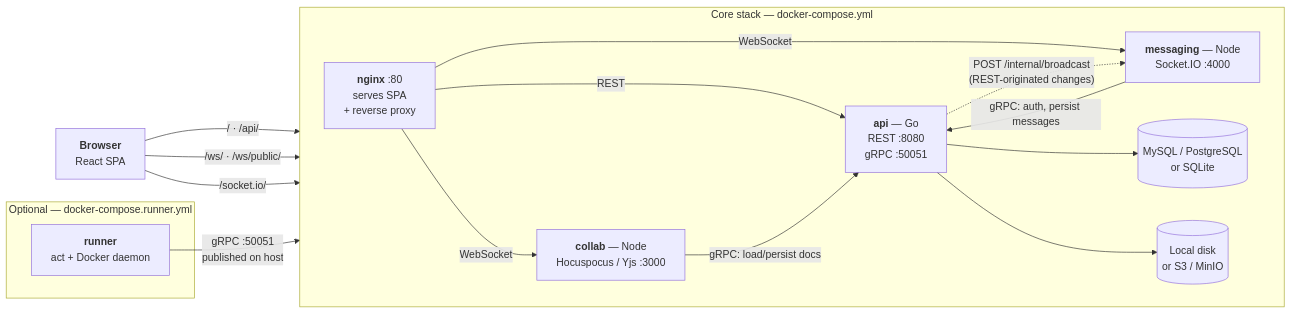
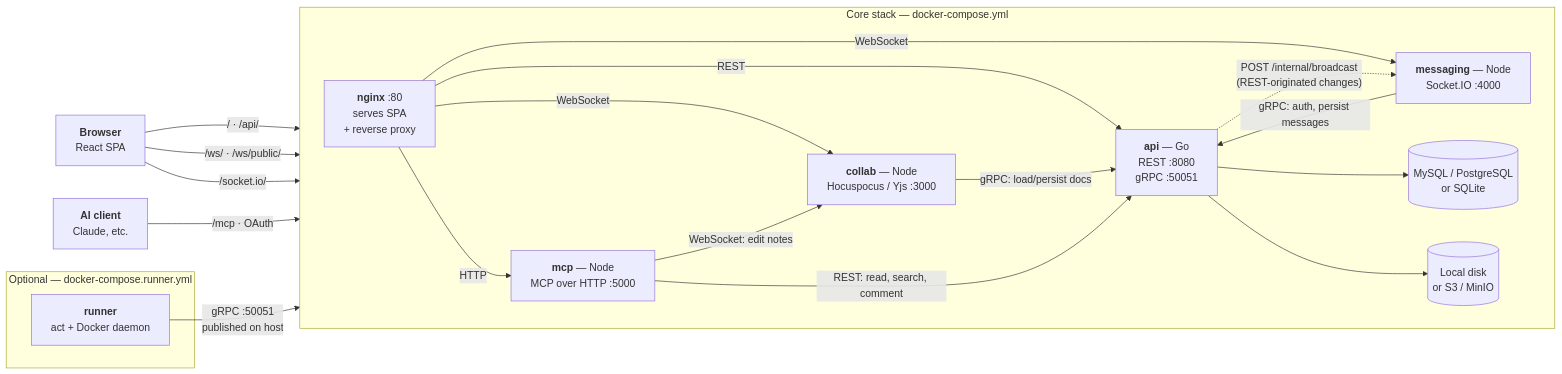
Before and after one commit to notomate/notomate: the diagram in README.md, drawn with Mermaid. The commit also changed other lines of this file and 1 other file, not shown here.

Commit message:
docs: add mcp to the README architecture and a zh-TW MCP section
The architecture diagram and service table now show the mcp service,
the AI client entering through nginx's /mcp route, and mcp's calls to
api (REST) and collab (WebSocket). README.zh-TW gains the "Connecting
AI clients (MCP)" section the English README already had.

````diff
--- a/README.md
+++ b/README.md
@@ -56,35 +56,41 @@
 ```mermaid
 flowchart LR
     browser["<b>Browser</b><br/>React SPA"]
+    aiclient["<b>AI client</b><br/>Claude, etc."]
 
     subgraph core["Core stack — docker-compose.yml"]
         direction LR
         nginx["<b>nginx</b> :80<br/>serves SPA<br/>+ reverse proxy"]
         api["<b>api</b> — Go<br/>REST :8080<br/>gRPC :50051"]
         collab["<b>collab</b> — Node<br/>Hocuspocus / Yjs :3000"]
         messaging["<b>messaging</b> — Node<br/>Socket.IO :4000"]
+        mcp["<b>mcp</b> — Node<br/>MCP over HTTP :5000"]
         db[("MySQL / PostgreSQL<br/>or SQLite")]
         store[("Local disk<br/>or S3 / MinIO")]
     end
 
     subgraph runnerstack["Optional — docker-compose.runner.yml"]
         runner["<b>runner</b><br/>act + Docker daemon"]
     end
 
     browser -->|"/ · /api/"| nginx
     browser -->|"/ws/ · /ws/public/"| nginx
     browser -->|"/socket.io/"| nginx
+    aiclient -->|"/mcp · OAuth"| nginx
 
     nginx -->|"REST"| api
     nginx -->|"WebSocket"| collab
     nginx -->|"WebSocket"| messaging
+    nginx -->|"HTTP"| mcp
 
     collab -->|"gRPC: load/persist docs"| api
     messaging -->|"gRPC: auth, persist messages"| api
+    mcp -->|"REST: read, search, comment"| api
+    mcp -->|"WebSocket: edit notes"| collab
     api -.->|"POST /internal/broadcast<br/>(REST-originated changes)"| messaging
 
     api --> db
     api --> store
 
     runner -->|"gRPC :50051<br/>published on host"| api
 ```
````
